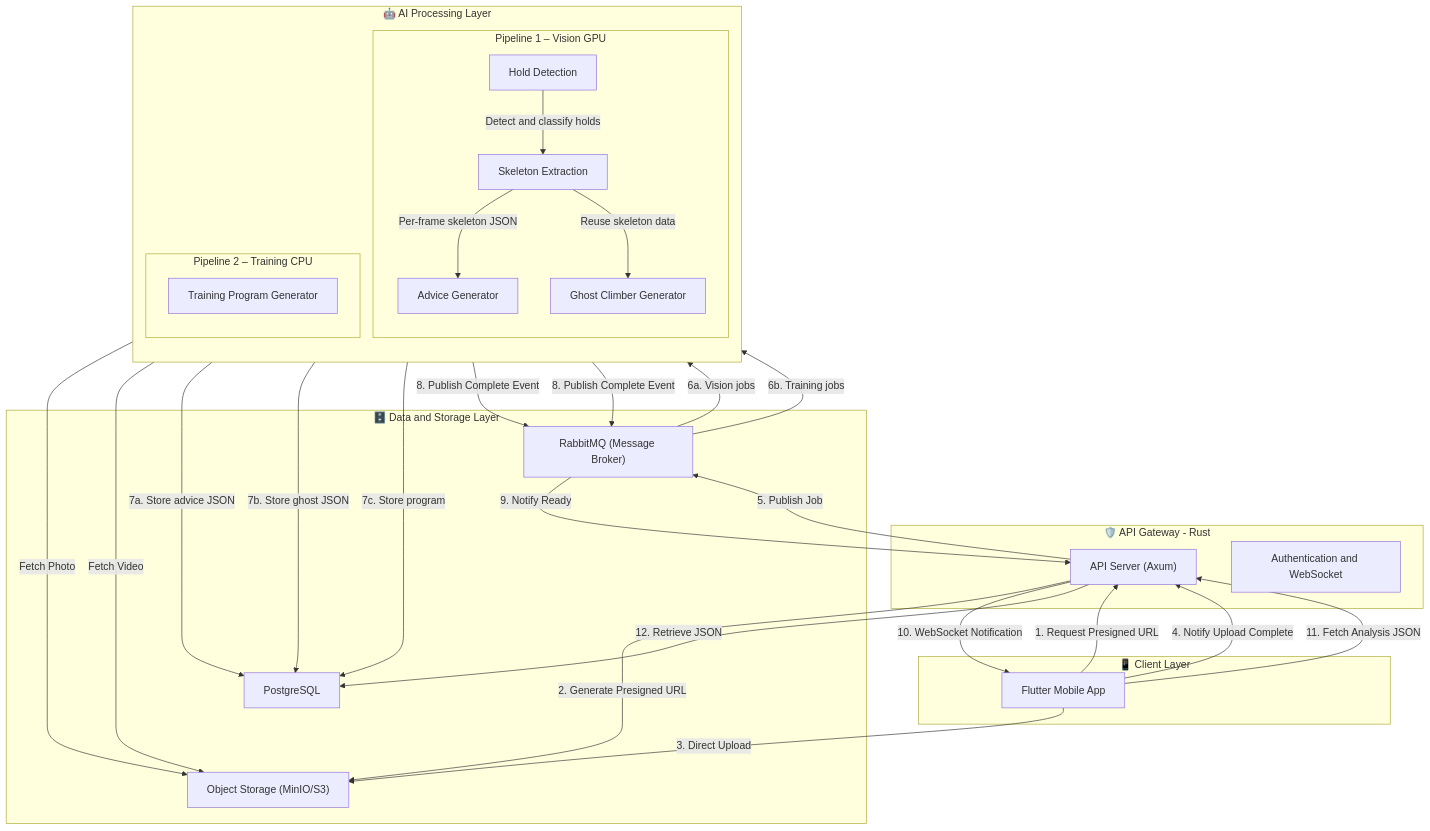
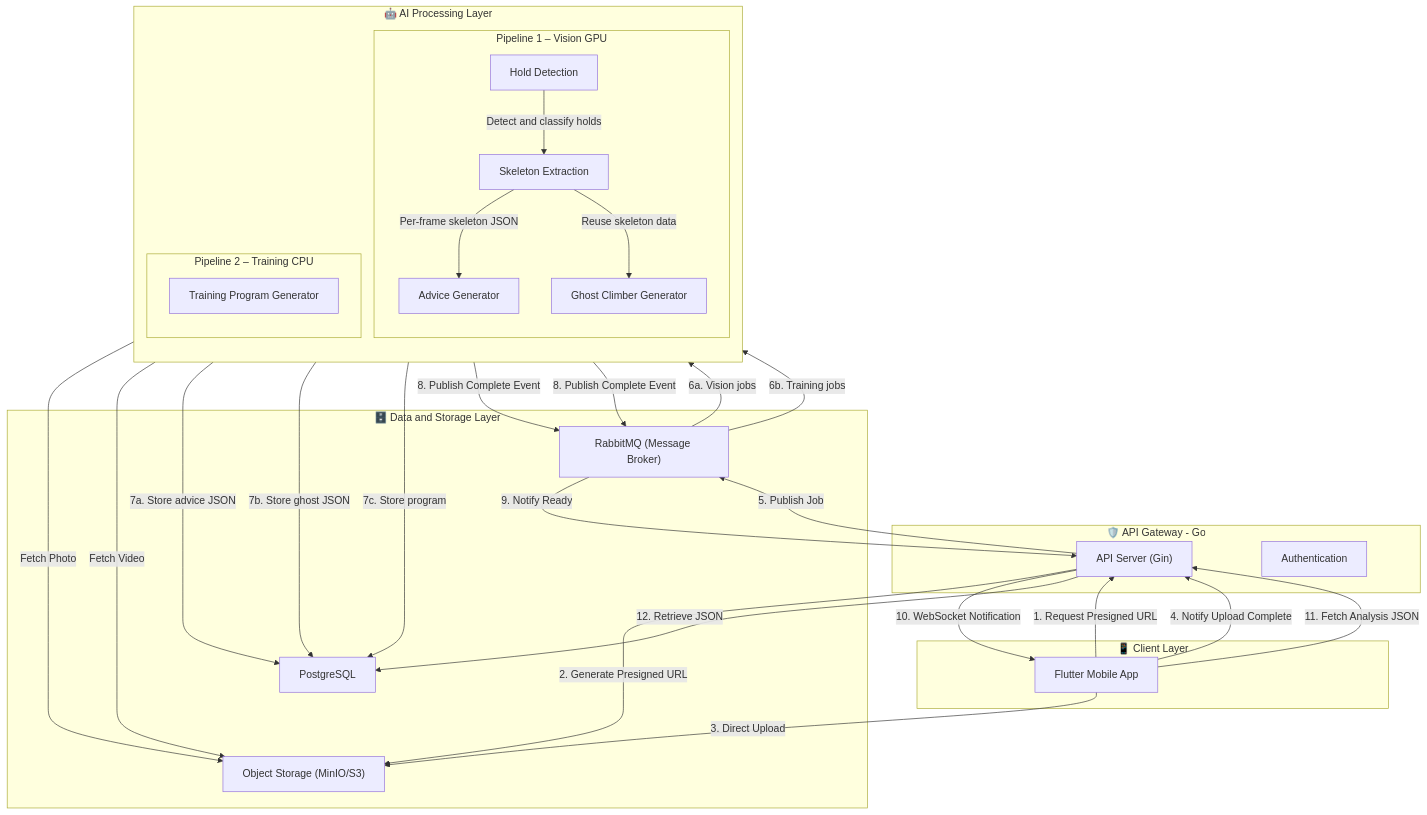
Before and after one commit to Ascension-EIP/Ascension: the diagram in docs/20-engineering/developer_guide/architecture/README.md, drawn with Mermaid. The commit also changed other lines of this file and 15 other files, not shown here.

First line of the commit message:
refactor(server): migrate api gateway from rust to go

````diff
--- a/docs/20-engineering/developer_guide/architecture/README.md
+++ b/docs/20-engineering/developer_guide/architecture/README.md
@@ -113,57 +113,57 @@
 ```mermaid
 graph TD
     subgraph Client ["📱 Client Layer"]
         MobileApp["Flutter Mobile App"]
     end
 
-    subgraph API ["🛡️ API Gateway - Rust"]
-        APIServer["API Server (Axum)"]
-        AuthService["Authentication and WebSocket"]
+    subgraph API ["🛡️ API Gateway - Go"]
+        APIServer["API Server (Gin)"]
+        AuthService["Authentication"]
     end
 
     subgraph Storage ["🗄️ Data and Storage Layer"]
         ObjectStorage["Object Storage (MinIO/S3)"]
         Database["PostgreSQL"]
         MessageQueue["RabbitMQ (Message Broker)"]
     end
 
     subgraph AI ["🤖 AI Processing Layer"]
         direction TB
         subgraph Vision ["Pipeline 1 – Vision GPU"]
             HoldDetection["Hold Detection"]
             SkeletonExtraction["Skeleton Extraction"]
             AdviceGenerator["Advice Generator"]
             GhostGenerator["Ghost Climber Generator"]
         end
         subgraph Training ["Pipeline 2 – Training CPU"]
             ProgramGenerator["Training Program Generator"]
         end
     end
 
     MobileApp -->|"1. Request Presigned URL"| APIServer
     APIServer -->|"2. Generate Presigned URL"| ObjectStorage
     MobileApp -->|"3. Direct Upload"| ObjectStorage
     MobileApp -->|"4. Notify Upload Complete"| APIServer
 
     APIServer -->|"5. Publish Job"| MessageQueue
     MessageQueue -->|"6a. Vision jobs"| HoldDetection
     MessageQueue -->|"6b. Training jobs"| ProgramGenerator
 
     HoldDetection -->|"Detect and classify holds"| SkeletonExtraction
     SkeletonExtraction -->|"Per-frame skeleton JSON"| AdviceGenerator
     SkeletonExtraction -->|"Reuse skeleton data"| GhostGenerator
 
     HoldDetection -->|"Fetch Photo"| ObjectStorage
     SkeletonExtraction -->|"Fetch Video"| ObjectStorage
 
     AdviceGenerator -->|"7a. Store advice JSON"| Database
     GhostGenerator -->|"7b. Store ghost JSON"| Database
     ProgramGenerator -->|"7c. Store program"| Database
     AdviceGenerator -->|"8. Publish Complete Event"| MessageQueue
     GhostGenerator -->|"8. Publish Complete Event"| MessageQueue
 
     MessageQueue -->|"9. Notify Ready"| APIServer
     APIServer -->|"10. WebSocket Notification"| MobileApp
     MobileApp -->|"11. Fetch Analysis JSON"| APIServer
     APIServer -->|"12. Retrieve JSON"| Database
 ```
````
